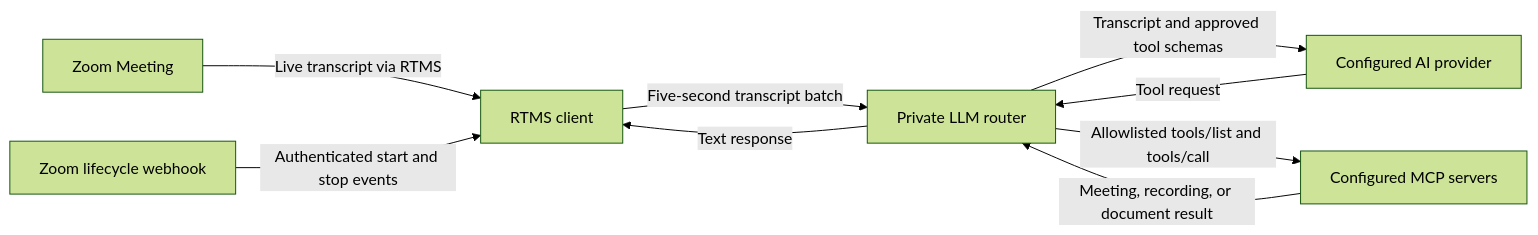
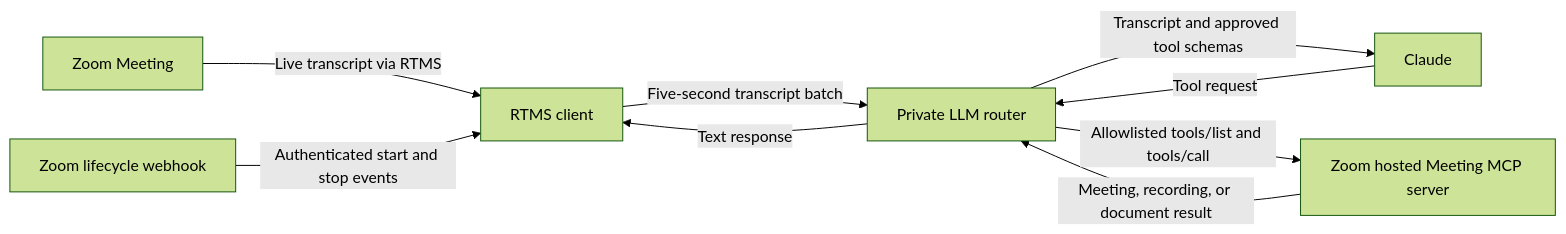
Before and after one commit to zoom/blueprints: the diagram in blueprints/transcripts-to-mcp/index.md, drawn with Mermaid (forest theme). The commit also changed other lines of this file and 2 other files, not shown here.

Commit message:
Align transcripts-to-mcp with current Blueprint structure

````diff
--- a/blueprints/transcripts-to-mcp/index.md
+++ b/blueprints/transcripts-to-mcp/index.md
@@ -76,11 +77,11 @@
 ```mermaid
 flowchart LR
     A[Zoom Meeting] -->|Live transcript via RTMS| B[RTMS client]
     Z[Zoom lifecycle webhook] -->|Authenticated start and stop events| B
     B -->|Five-second transcript batch| C[Private LLM router]
-    C -->|Transcript and approved tool schemas| D[Configured AI provider]
+    C -->|Transcript and approved tool schemas| D[Claude]
     D -->|Tool request| C
-    C -->|Allowlisted tools/list and tools/call| E[Configured MCP servers]
+    C -->|Allowlisted tools/list and tools/call| E[Zoom hosted Meeting MCP server]
     E -->|Meeting, recording, or document result| C
     C -->|Text response| B
 ```
````
